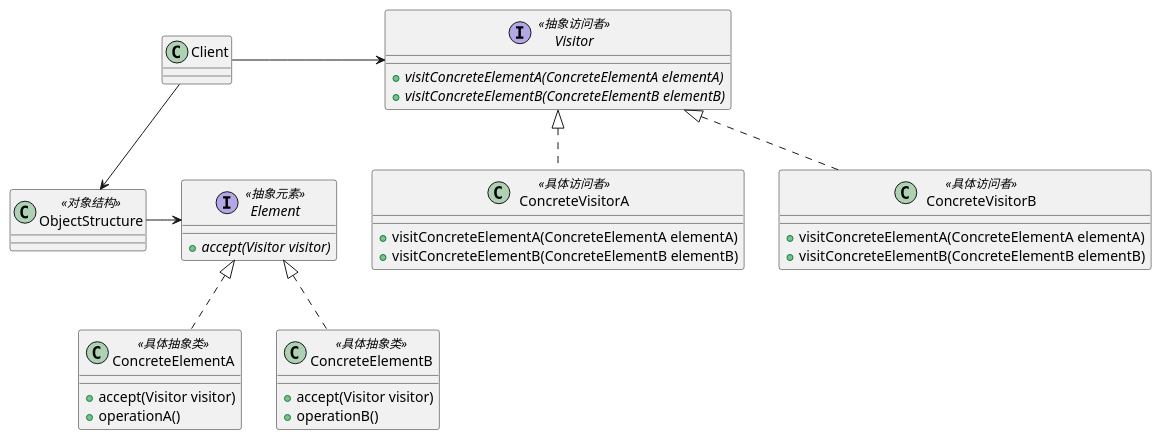
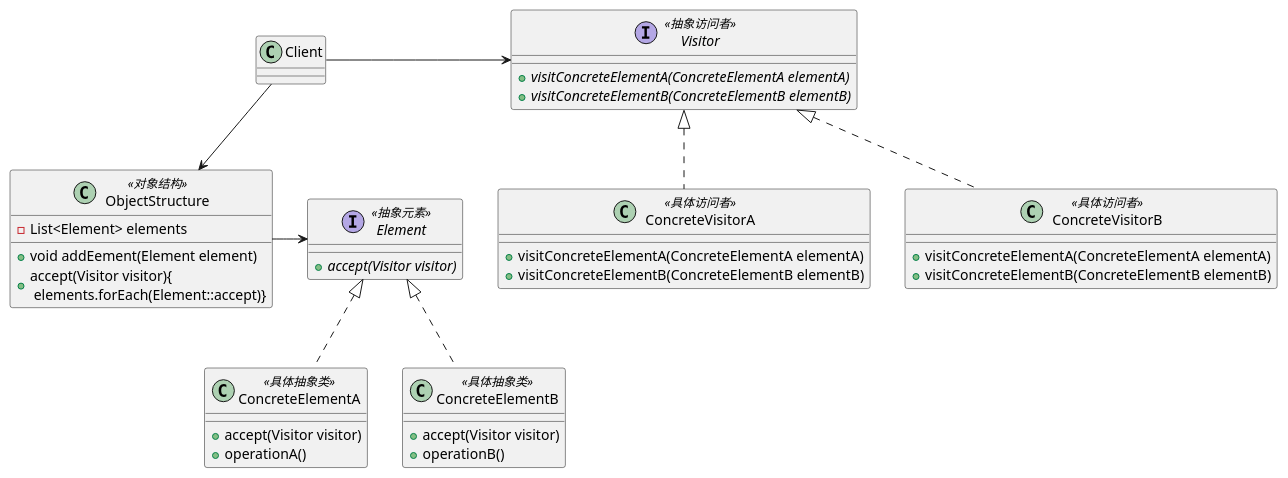
Before and after one commit to lyszhen3/myWeb: the diagram in design_model/src/main/resources/行为型模式/访问者模式/访问者模式.puml, drawn with PlantUML. The commit also changed 9 other files, not shown here.

```diff
--- a/design_model/src/main/resources/行为型模式/访问者模式/访问者模式.puml
+++ b/design_model/src/main/resources/行为型模式/访问者模式/访问者模式.puml
@@ -1,39 +1,42 @@
 @startuml
 interface Visitor<<抽象访问者>>{
 +{abstract} visitConcreteElementA(ConcreteElementA elementA)
 +{abstract} visitConcreteElementB(ConcreteElementB elementB)
 }
 
 class ConcreteVisitorA<<具体访问者>>{
 + visitConcreteElementA(ConcreteElementA elementA)
 + visitConcreteElementB(ConcreteElementB elementB)
 }
 class ConcreteVisitorB<<具体访问者>>{
 +visitConcreteElementA(ConcreteElementA elementA)
 +visitConcreteElementB(ConcreteElementB elementB)
 }
 interface Element<<抽象元素>>{
 +{abstract} accept(Visitor visitor)
 }
 class ConcreteElementA<<具体抽象类>>{
 +accept(Visitor visitor)
 +operationA()
 }
 class ConcreteElementB<<具体抽象类>>{
 +accept(Visitor visitor)
 +operationB()
 }
 class ObjectStructure<<对象结构>>{
+-List<Element> elements
++void addEement(Element element)
++accept(Visitor visitor){\n elements.forEach(Element::accept)}
 
 }
 
 ConcreteVisitorA .up.|>Visitor
 ConcreteVisitorB .up.|>Visitor
 ConcreteElementA .up.|>Element
 ConcreteElementB .up.|>Element
 ObjectStructure -right->Element
 Client -down->ObjectStructure
 Client -right->Visitor
 
 
 @enduml
```
